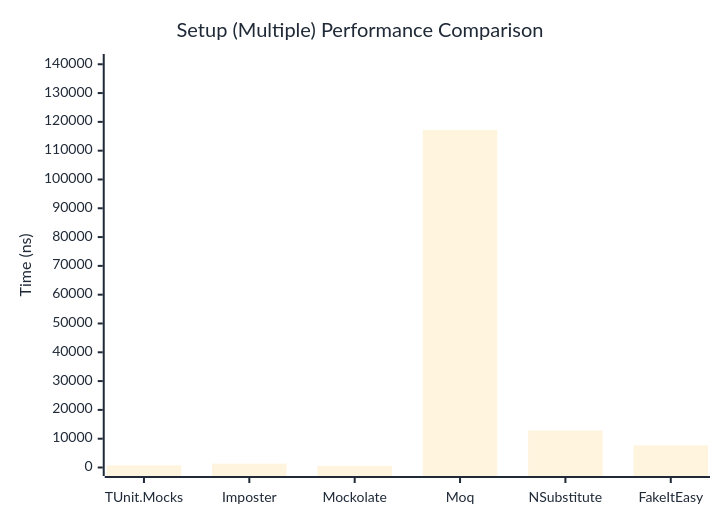
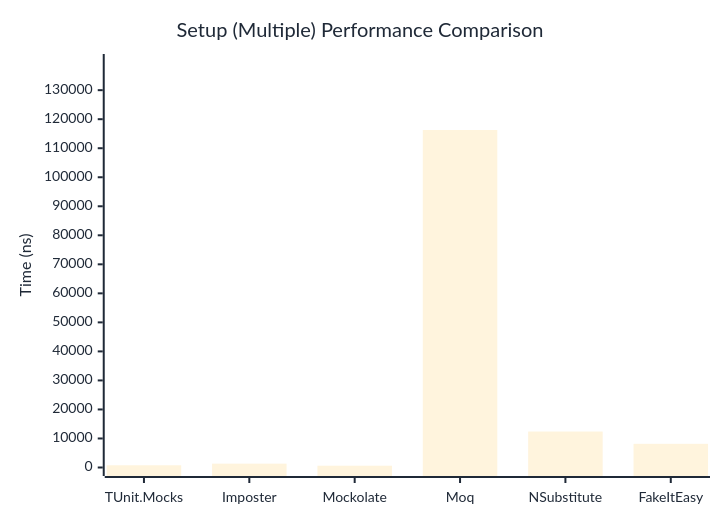
Before and after one commit to thomhurst/TUnit: the second of 2 diagrams in docs/docs/benchmarks/mocks/Setup.md, drawn with Mermaid. The commit also changed other lines of this file and 14 other files, not shown here.

````diff
--- a/docs/docs/benchmarks/mocks/Setup.md
+++ b/docs/docs/benchmarks/mocks/Setup.md
@@ -71,27 +71,27 @@
 ```mermaid
 %%{init: {
   'theme':'base',
   'themeVariables': {
     'primaryColor': '#2563eb',
     'primaryTextColor': '#1f2937',
     'primaryBorderColor': '#1e40af',
     'lineColor': '#6b7280',
     'secondaryColor': '#7c3aed',
     'tertiaryColor': '#dc2626',
     'background': '#ffffff',
     'pie1': '#2563eb',
     'pie2': '#7c3aed',
     'pie3': '#dc2626',
     'pie4': '#f59e0b',
     'pie5': '#10b981',
     'pie6': '#06b6d4',
     'pie7': '#ec4899',
     'pie8': '#6366f1'
   }
 }}%%
 xychart-beta
   title "Setup (Multiple) Performance Comparison"
   x-axis ["TUnit.Mocks", "Imposter", "Mockolate", "Moq", "NSubstitute", "FakeItEasy"]
-  y-axis "Time (ns)" 0 --> 140612
-  bar [761.4, 1352.8, 569.6, 117176.4, 12850.6, 7694.3]
+  y-axis "Time (ns)" 0 --> 139535
+  bar [765.6, 1330.2, 616.3, 116278.5, 12390.6, 8154.3]
 ```
````
